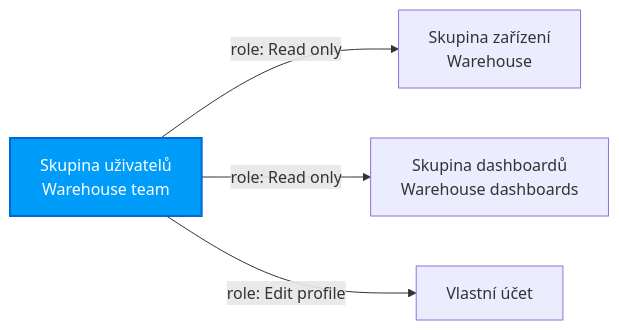
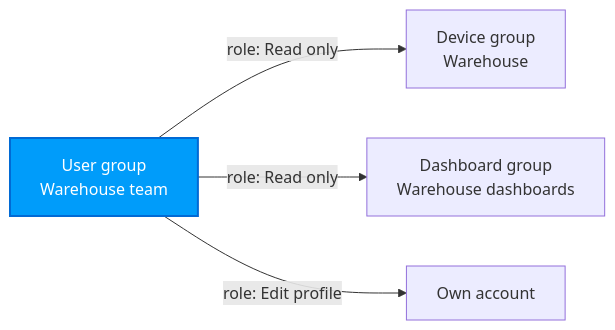
The diagram in i18n/cs/docusaurus-plugin-content-docs-apps/current/thingsboard/users-managing.md (hardwario/website-hardwario-docs), drawn with Mermaid before and after one commit. The commit also changed other lines of this file and 7 other files, not shown here.

Commit message:
HARDWARIO Dashboards: Fix the Czech translation check (descriptions, diagrams, link)

````diff
--- a/i18n/cs/docusaurus-plugin-content-docs-apps/current/thingsboard/users-managing.md
+++ b/i18n/cs/docusaurus-plugin-content-docs-apps/current/thingsboard/users-managing.md
@@ -26,8 +26,8 @@
 ```mermaid
 flowchart LR
-  U[Skupina uživatelů<br/>Warehouse team] -->|role: Read only| D[Skupina zařízení<br/>Warehouse]
-  U -->|role: Read only| DB[Skupina dashboardů<br/>Warehouse dashboards]
-  U -->|role: Edit profile| P[Vlastní účet]
+  U[User group<br/>Warehouse team] -->|role: Read only| D[Device group<br/>Warehouse]
+  U -->|role: Read only| DB[Dashboard group<br/>Warehouse dashboards]
+  U -->|role: Edit profile| P[Own account]
   classDef hero fill:#009cfa,stroke:#016ad4,stroke-width:2px,color:#ffffff;
   class U hero;
 ```
````
